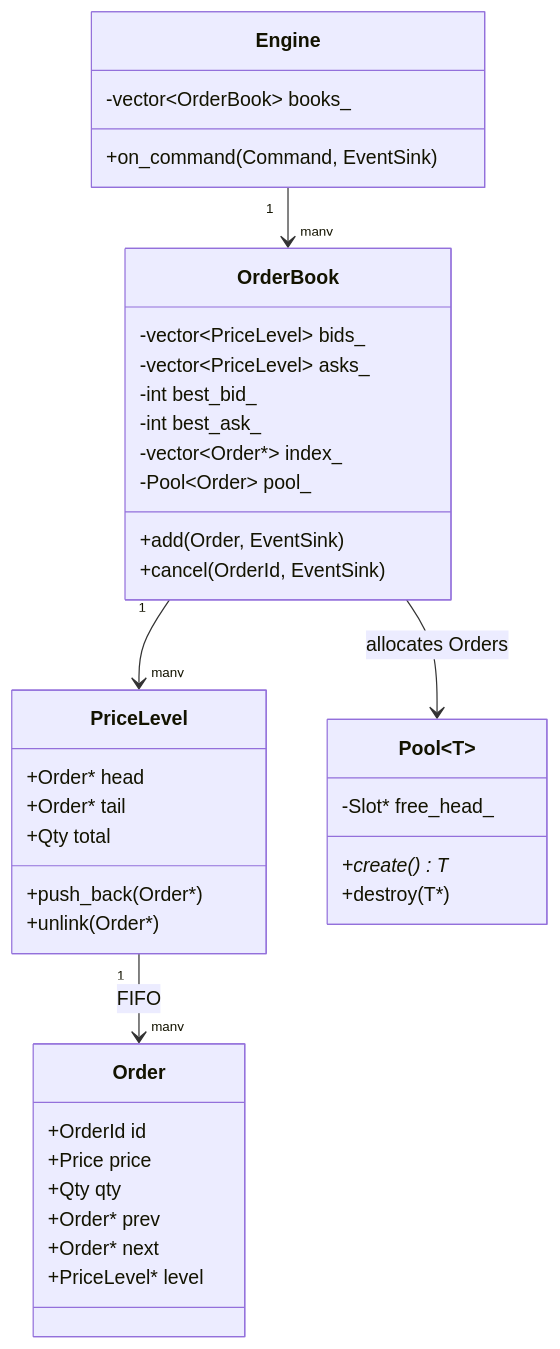
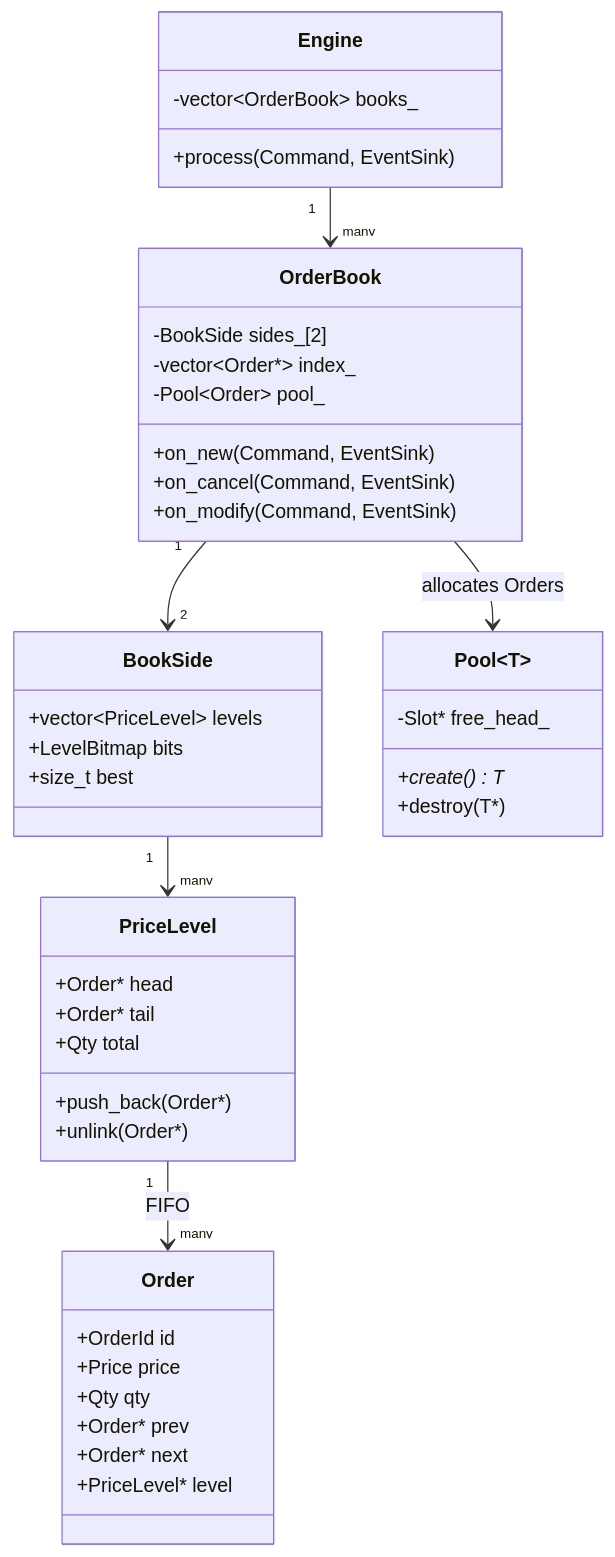
Before and after one commit to shivanshu814/Aether: the eighth of 22 diagrams in docs/AETHER_DESIGN.md, drawn with Mermaid. The commit also changed other lines of this file, not shown here.

````diff
--- a/docs/AETHER_DESIGN.md
+++ b/docs/AETHER_DESIGN.md
@@ -361,41 +386,45 @@
 ```mermaid
 classDiagram
     class Engine {
         -vector~OrderBook~ books_
-        +on_command(Command, EventSink)
+        +process(Command, EventSink)
     }
     class OrderBook {
-        -vector~PriceLevel~ bids_
-        -vector~PriceLevel~ asks_
-        -int best_bid_
-        -int best_ask_
+        -BookSide sides_[2]
         -vector~Order*~ index_
         -Pool~Order~ pool_
-        +add(Order, EventSink)
-        +cancel(OrderId, EventSink)
+        +on_new(Command, EventSink)
+        +on_cancel(Command, EventSink)
+        +on_modify(Command, EventSink)
+    }
+    class BookSide {
+        +vector~PriceLevel~ levels
+        +LevelBitmap bits
+        +size_t best
     }
     class PriceLevel {
         +Order* head
         +Order* tail
         +Qty total
         +push_back(Order*)
         +unlink(Order*)
     }
     class Order {
         +OrderId id
         +Price price
         +Qty qty
         +Order* prev
         +Order* next
         +PriceLevel* level
     }
     class Pool~T~ {
         -Slot* free_head_
         +create() T*
         +destroy(T*)
     }
     Engine "1" --> "many" OrderBook
-    OrderBook "1" --> "many" PriceLevel
+    OrderBook "1" --> "2" BookSide
+    BookSide "1" --> "many" PriceLevel
     PriceLevel "1" --> "many" Order : FIFO
     OrderBook --> Pool~T~ : allocates Orders
 ```
````
